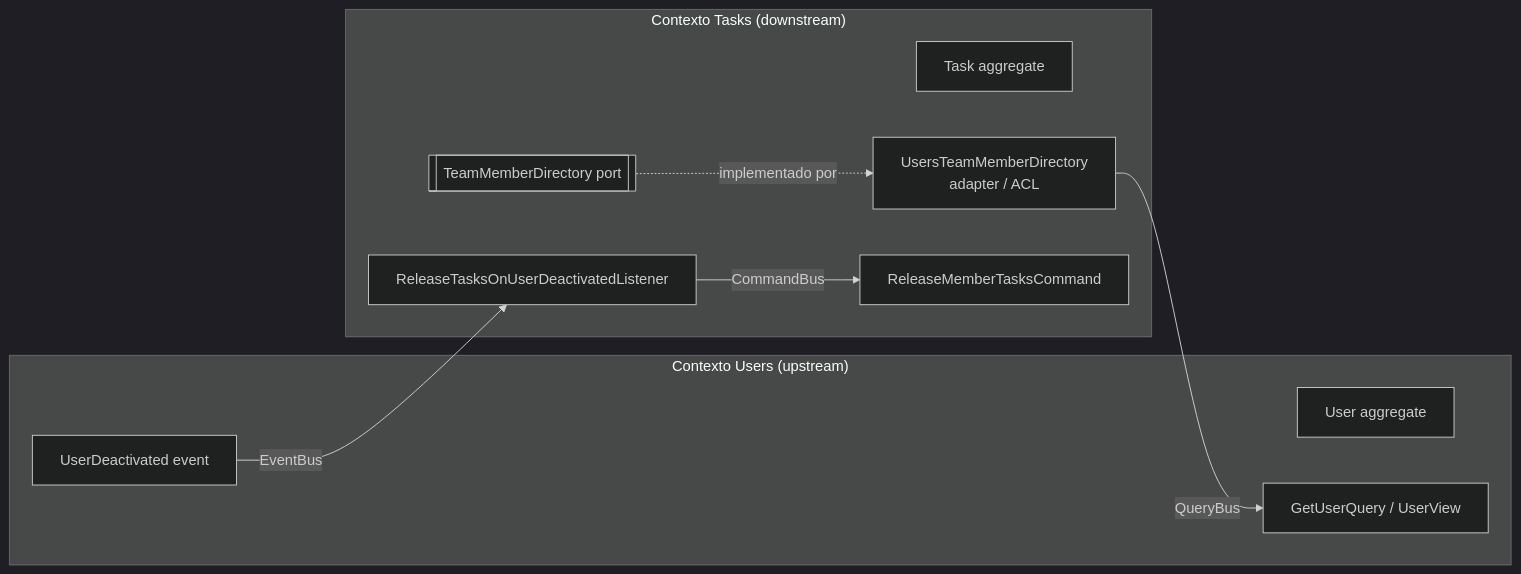
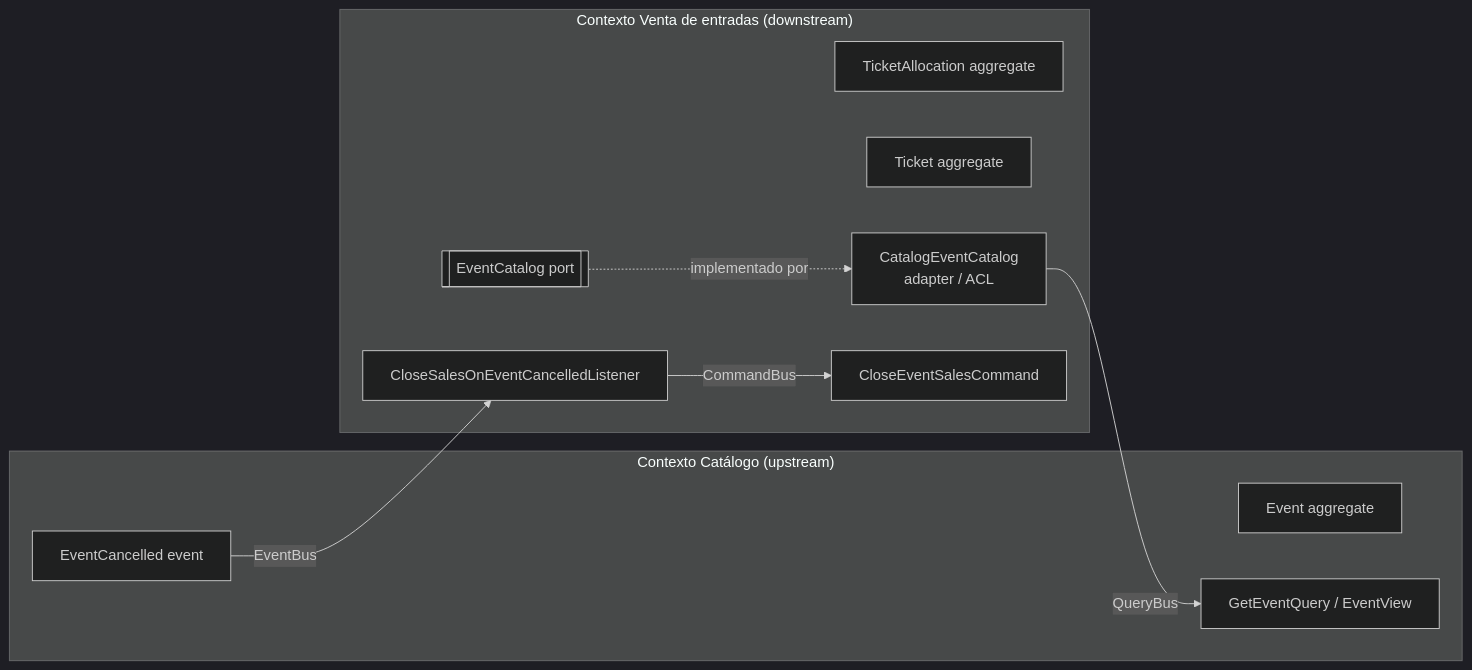
One commit to bryanramosing-ux/Tarea-Curso_NestJS changed the diagram in docs/architecture/bounded-contexts.md. Above: the diagram before and after it, drawn with Mermaid (dark theme). The commit also changed other lines of this file and 26 other files, not shown here.

First line of the commit message:
docs: rewrite README, guides, architecture, business rules (RN-001..RN-015), ADRs and audit for the ticketing domain

````diff
--- a/docs/architecture/bounded-contexts.md
+++ b/docs/architecture/bounded-contexts.md
@@ -5,19 +5,20 @@
 ```mermaid
 flowchart LR
-  subgraph Users["Contexto Users (upstream)"]
-    U[User aggregate]
-    GQ[GetUserQuery / UserView]
-    UE[UserDeactivated event]
+  subgraph Catalog["Contexto Catálogo (upstream)"]
+    E[Event aggregate]
+    GQ[GetEventQuery / EventView]
+    EC[EventCancelled event]
   end
-  subgraph Tasks["Contexto Tasks (downstream)"]
-    T[Task aggregate]
-    P[[TeamMemberDirectory port]]
-    ACL[UsersTeamMemberDirectory<br/>adapter / ACL]
-    L[ReleaseTasksOnUserDeactivatedListener]
-    RC[ReleaseMemberTasksCommand]
+  subgraph Ticketing["Contexto Venta de entradas (downstream)"]
+    A[TicketAllocation aggregate]
+    T[Ticket aggregate]
+    P[[EventCatalog port]]
+    ACL[CatalogEventCatalog<br/>adapter / ACL]
+    L[CloseSalesOnEventCancelledListener]
+    C[CloseEventSalesCommand]
   end
   P -. implementado por .-> ACL
   ACL -- QueryBus --> GQ
-  UE -- EventBus --> L
-  L -- CommandBus --> RC
+  EC -- EventBus --> L
+  L -- CommandBus --> C
 ```
````
